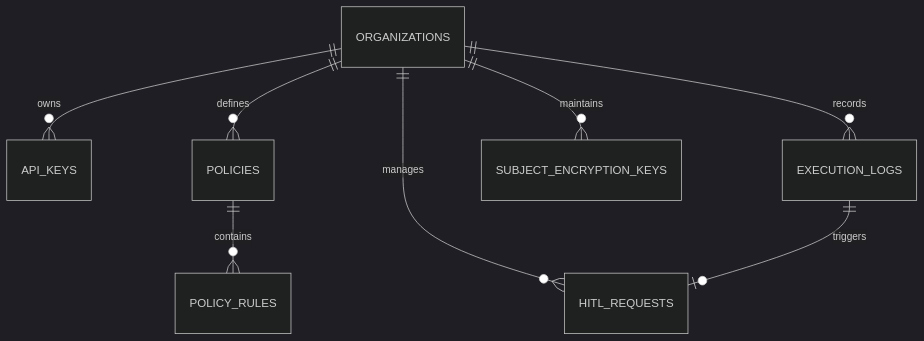
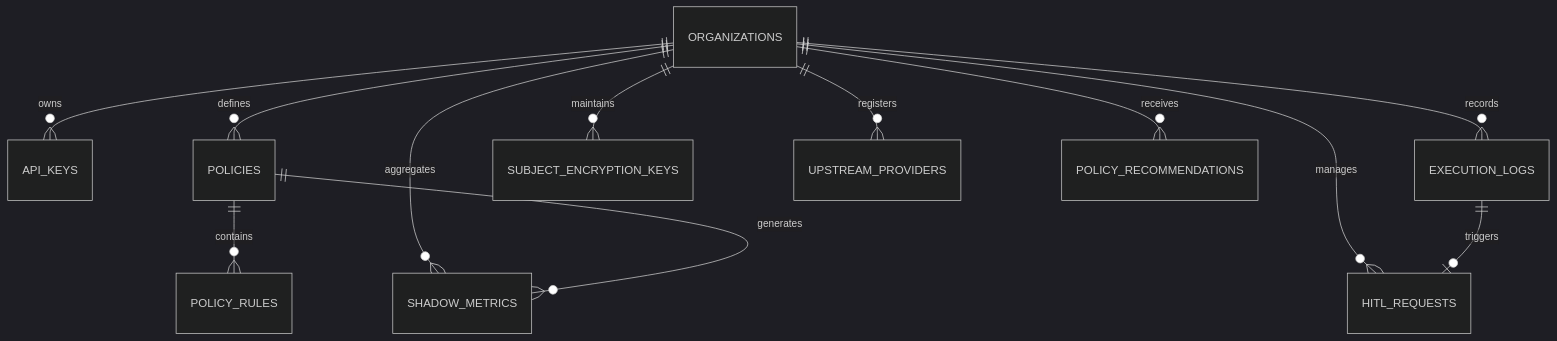
Before and after one commit to aryix-hq/X4G4T: the first of 9 diagrams in docs/BUSINESS_LOGIC.md, drawn with Mermaid (dark theme). The commit also changed other lines of this file and 122 other files, not shown here.

````diff
--- a/docs/BUSINESS_LOGIC.md
+++ b/docs/BUSINESS_LOGIC.md
@@ -32,10 +37,14 @@
 ```mermaid
 erDiagram
     ORGANIZATIONS ||--o{ API_KEYS : owns
     ORGANIZATIONS ||--o{ POLICIES : defines
     ORGANIZATIONS ||--o{ EXECUTION_LOGS : records
     ORGANIZATIONS ||--o{ HITL_REQUESTS : manages
     ORGANIZATIONS ||--o{ SUBJECT_ENCRYPTION_KEYS : maintains
+    ORGANIZATIONS ||--o{ UPSTREAM_PROVIDERS : registers
+    ORGANIZATIONS ||--o{ POLICY_RECOMMENDATIONS : receives
+    ORGANIZATIONS ||--o{ SHADOW_METRICS : aggregates
     POLICIES ||--o{ POLICY_RULES : contains
+    POLICIES ||--o{ SHADOW_METRICS : generates
     EXECUTION_LOGS ||--o| HITL_REQUESTS : triggers
 ```
````
